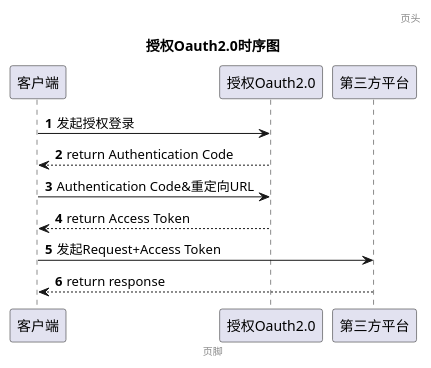
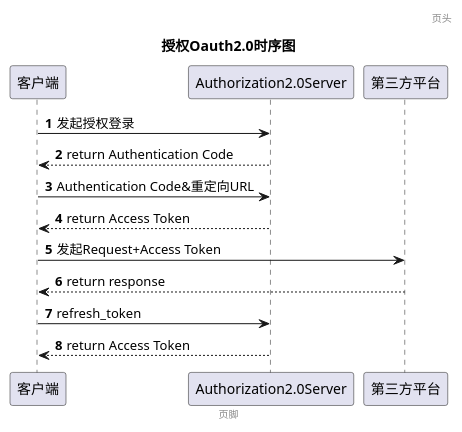
Before and after one commit to aoheng/PlantUML: the diagram in java/oauth2.0/oauth2.0.puml, drawn with PlantUML.

Commit message:
feat: 授权Oauth2.0时序图

```diff
--- a/java/oauth2.0/oauth2.0.puml
+++ b/java/oauth2.0/oauth2.0.puml
@@ -1,15 +1,18 @@
 @startuml
 'https://plantuml.com/sequence-diagram
 header 页头
 title 授权Oauth2.0时序图
 footer 页脚
 autonumber
-客户端 -> 授权Oauth2.0: 发起授权登录
-授权Oauth2.0 --> 客户端: return Authentication Code
-客户端 -> 授权Oauth2.0: Authentication Code&重定向URL
-授权Oauth2.0 --> 客户端: return Access Token
+客户端 -> Authorization2.0Server: 发起授权登录
+Authorization2.0Server--> 客户端: return Authentication Code
+客户端 -> Authorization2.0Server: Authentication Code&重定向URL
+Authorization2.0Server --> 客户端: return Access Token
 
 客户端 -> 第三方平台: 发起Request+Access Token
 第三方平台 --> 客户端: return response
 
+客户端 -> Authorization2.0Server: refresh_token
+Authorization2.0Server --> 客户端: return Access Token
+
 @enduml
```
